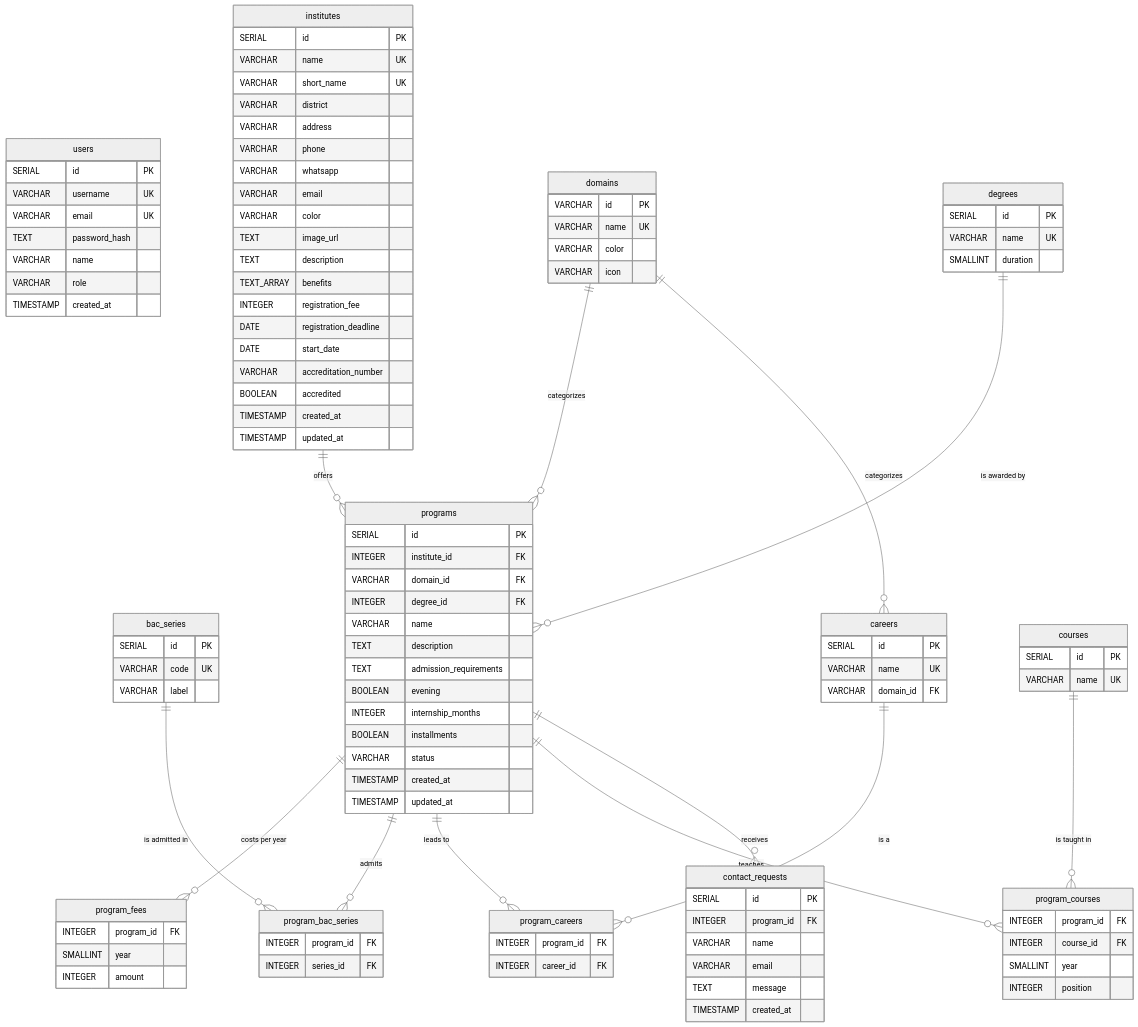
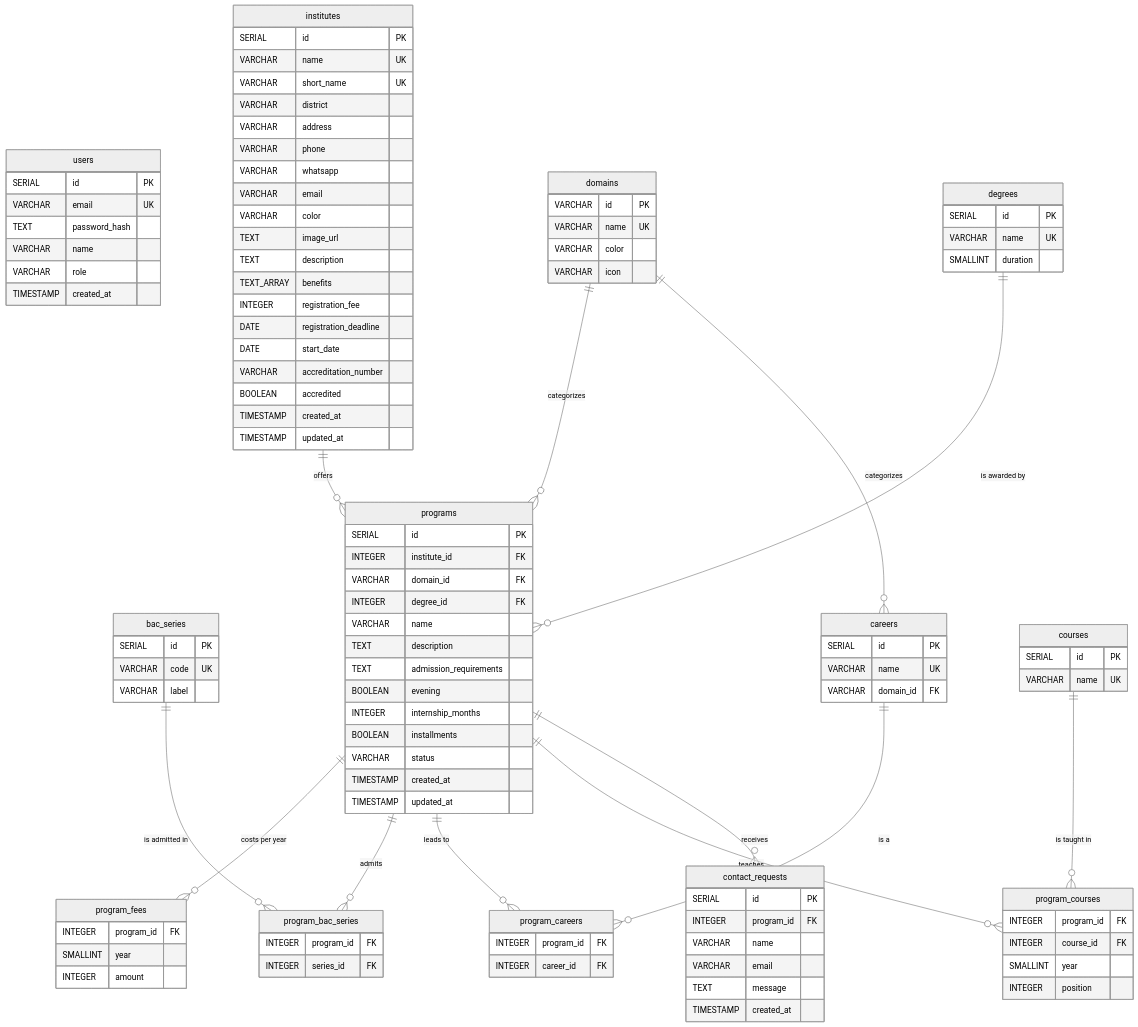
Before and after one commit to Flammeduciel/s17-squad15-orienta: the diagram in docs/schema.md, drawn with Mermaid (neutral theme). The commit also changed other lines of this file and 19 other files, not shown here.

```diff
--- a/docs/schema.md
+++ b/docs/schema.md
@@ -10,7 +10,6 @@
 erDiagram
     users {
         SERIAL id PK
-        VARCHAR username UK
         VARCHAR email UK
         TEXT password_hash
         VARCHAR name
```
